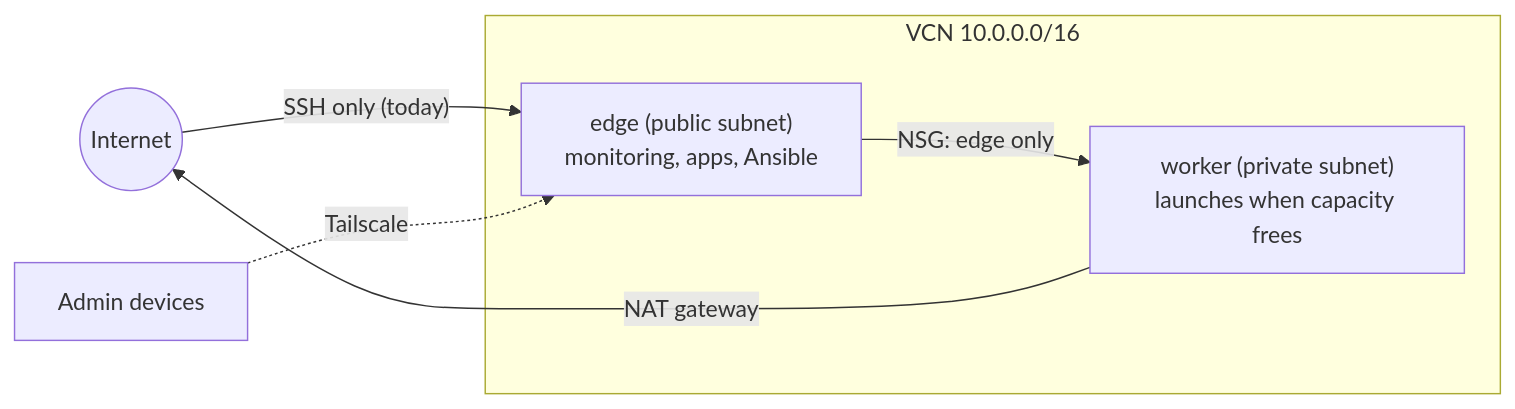
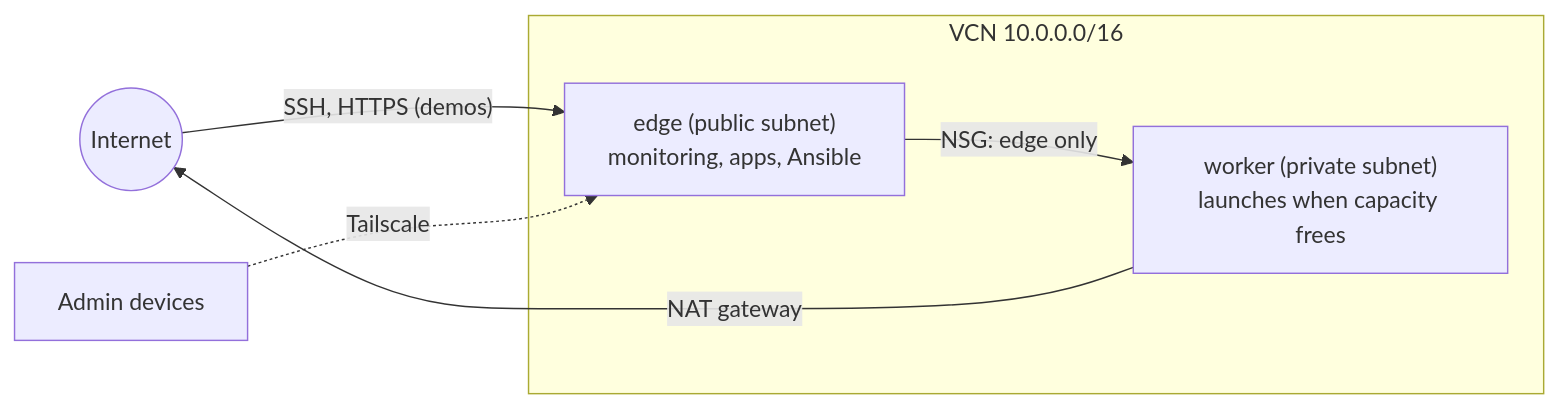
The diagram in README.md (timsurrealedu/oci-homelab), drawn with Mermaid before and after one commit. The commit also changed other lines of this file and 4 other files, not shown here.

First line of the commit message:
Go public: demos live on sslip.io HTTPS

````diff
--- a/README.md
+++ b/README.md
@@ -19,11 +29,11 @@
 ```mermaid
 flowchart LR
-  internet((Internet)) -- "SSH only (today)" --> edge
+  internet((Internet)) -- "SSH, HTTPS (demos)" --> edge
   you[Admin devices] -. Tailscale .-> edge
   subgraph vcn["VCN 10.0.0.0/16"]
     edge["edge (public subnet)<br/>monitoring, apps, Ansible"]
     worker["worker (private subnet)<br/>launches when capacity frees"]
   end
   edge -- "NSG: edge only" --> worker
   worker -- "NAT gateway" --> internet
 ```
````
